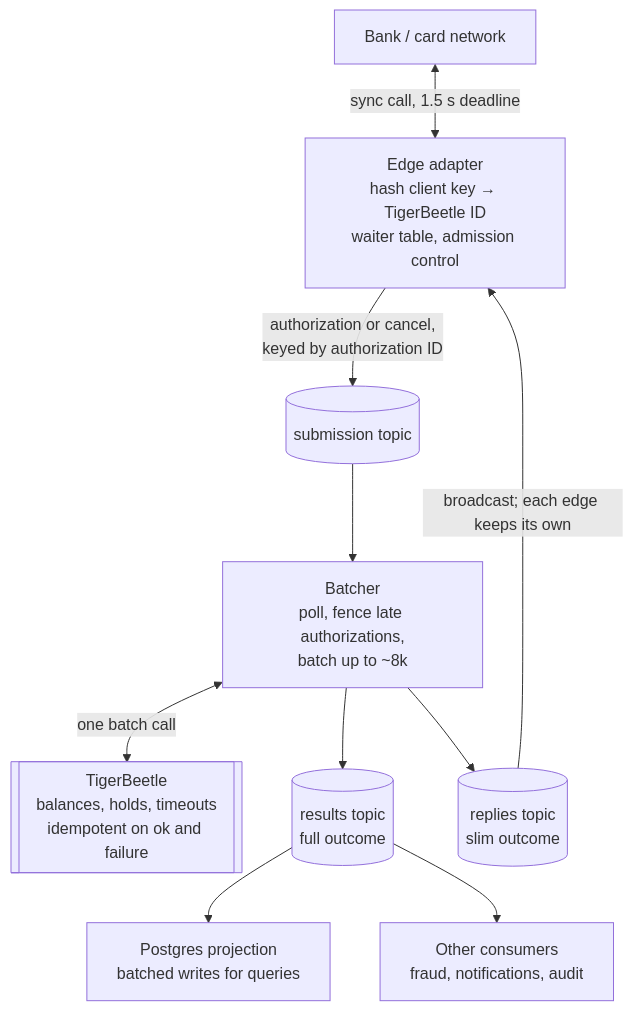
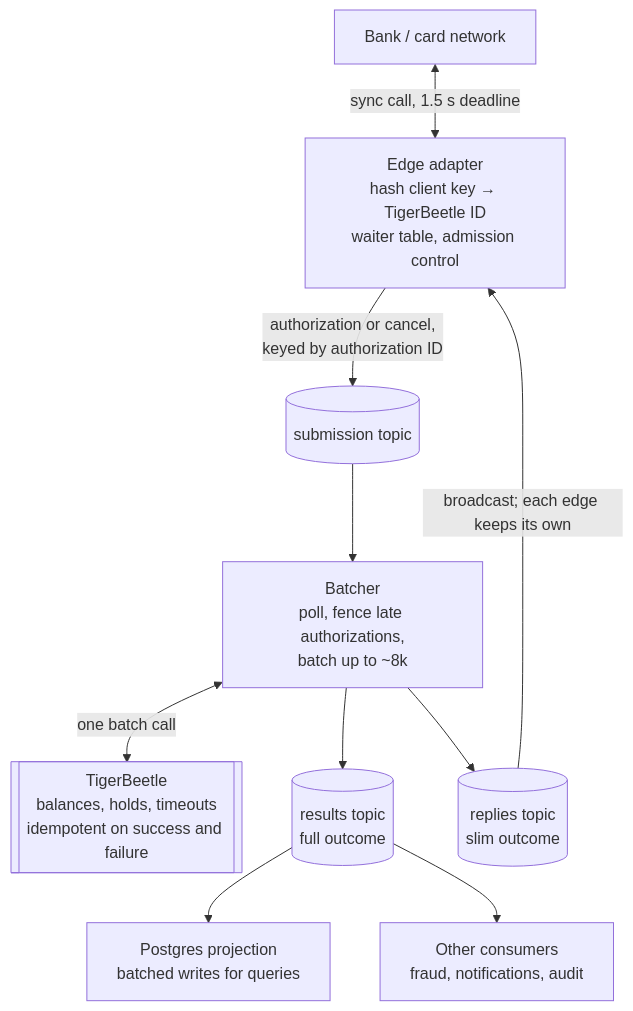
The diagram in README.md (nmarasoiu/dst-200ktps-ledger), drawn with Mermaid before and after one commit. The commit also changed other lines of this file and 2 other files, not shown here.

````diff
--- a/README.md
+++ b/README.md
@@ -49,13 +49,13 @@
 ```mermaid
 flowchart TD
     Bank["Bank / card network"] <-->|"sync call, 1.5 s deadline"| Edge
     Edge["Edge adapter<br/>hash client key → TigerBeetle ID<br/>waiter table, admission control"]
     Edge -->|"authorization or cancel,<br/>keyed by authorization ID"| Sub[("submission topic")]
     Sub --> Batcher["Batcher<br/>poll, fence late authorizations,<br/>batch up to ~8k"]
-    Batcher <-->|"one batch call"| TB[["TigerBeetle<br/>balances, holds, timeouts<br/>idempotent on ok and failure"]]
+    Batcher <-->|"one batch call"| TB[["TigerBeetle<br/>balances, holds, timeouts<br/>idempotent on success and failure"]]
     Batcher --> Res[("results topic<br/>full outcome")]
     Batcher --> Rep[("replies topic<br/>slim outcome")]
     Rep -->|"broadcast; each edge keeps its own"| Edge
     Res --> PG["Postgres projection<br/>batched writes for queries"]
     Res --> Other["Other consumers<br/>fraud, notifications, audit"]
 ```
````
